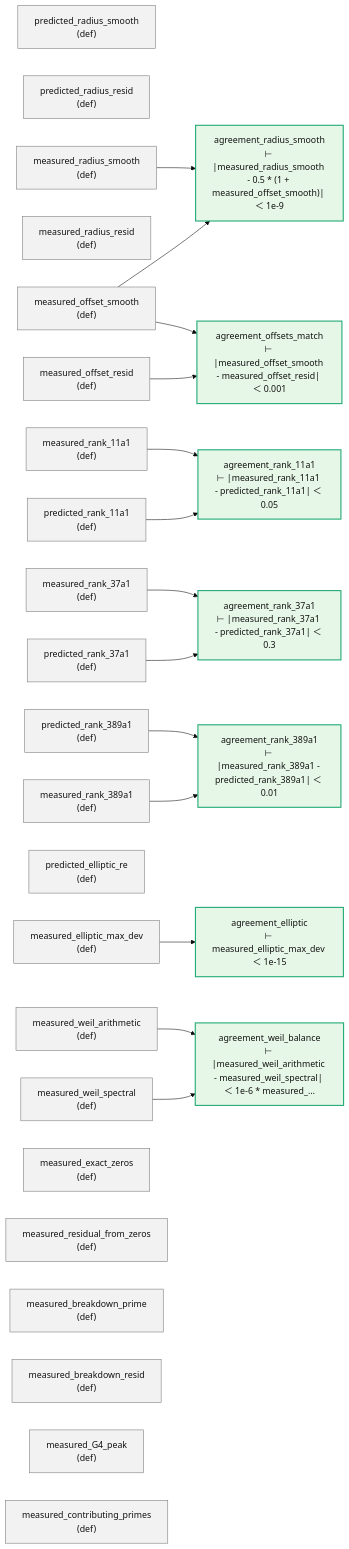
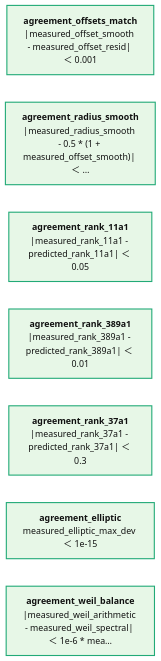
Before and after one commit to juliansambranojr/Primebeat_081426: the diagram in map/lean/Measured.md, drawn with Mermaid (base theme). The commit also changed other lines of this file and 387 other files, not shown here.

````diff
--- a/map/lean/Measured.md
+++ b/map/lean/Measured.md
@@ -8,51 +12,15 @@
 ```mermaid
 flowchart LR
-  n0["predicted_radius_smooth<br/>(def)"]:::dfn
-  n1["predicted_radius_resid<br/>(def)"]:::dfn
-  n2["measured_radius_smooth<br/>(def)"]:::dfn
-  n3["measured_radius_resid<br/>(def)"]:::dfn
-  n4["measured_offset_smooth<br/>(def)"]:::dfn
-  n5["measured_offset_resid<br/>(def)"]:::dfn
-  n6["agreement_offsets_match<br/>⊢ |measured_offset_smooth - measured_offset_resid| ＜ 0.001"]:::end_
-  n7["agreement_radius_smooth<br/>⊢ |measured_radius_smooth - 0.5 * (1 + measured_offset_smooth)| ＜ 1e-9"]:::end_
-  n8["predicted_rank_11a1<br/>(def)"]:::dfn
-  n9["predicted_rank_37a1<br/>(def)"]:::dfn
-  n10["predicted_rank_389a1<br/>(def)"]:::dfn
-  n11["measured_rank_11a1<br/>(def)"]:::dfn
-  n12["measured_rank_37a1<br/>(def)"]:::dfn
-  n13["measured_rank_389a1<br/>(def)"]:::dfn
-  n14["agreement_rank_11a1<br/>⊢ |measured_rank_11a1 - predicted_rank_11a1| ＜ 0.05"]:::end_
-  n15["agreement_rank_389a1<br/>⊢ |measured_rank_389a1 - predicted_rank_389a1| ＜ 0.01"]:::end_
-  n16["agreement_rank_37a1<br/>⊢ |measured_rank_37a1 - predicted_rank_37a1| ＜ 0.3"]:::end_
-  n17["predicted_elliptic_re<br/>(def)"]:::dfn
-  n18["measured_elliptic_max_dev<br/>(def)"]:::dfn
-  n19["agreement_elliptic<br/>⊢ measured_elliptic_max_dev ＜ 1e-15"]:::end_
-  n20["measured_weil_arithmetic<br/>(def)"]:::dfn
-  n21["measured_weil_spectral<br/>(def)"]:::dfn
-  n22["agreement_weil_balance<br/>⊢ |measured_weil_arithmetic - measured_weil_spectral| ＜ 1e-6 * measured_…"]:::end_
-  n23["measured_exact_zeros<br/>(def)"]:::dfn
-  n24["measured_residual_from_zeros<br/>(def)"]:::dfn
-  n25["measured_breakdown_prime<br/>(def)"]:::dfn
-  n26["measured_breakdown_resid<br/>(def)"]:::dfn
-  n27["measured_G4_peak<br/>(def)"]:::dfn
-  n28["measured_contributing_primes<br/>(def)"]:::dfn
-  n10 --> n15
-  n11 --> n14
-  n12 --> n16
-  n13 --> n15
-  n18 --> n19
-  n2 --> n7
-  n20 --> n22
-  n21 --> n22
-  n4 --> n6
-  n4 --> n7
-  n5 --> n6
-  n8 --> n14
-  n9 --> n16
+  n0["<b>agreement_offsets_match</b><br/>|measured_offset_smooth - measured_offset_resid| ＜ 0.001"]:::end_
+  n1["<b>agreement_radius_smooth</b><br/>|measured_radius_smooth - 0.5 * (1 + measured_offset_smooth)| ＜ …"]:::end_
+  n2["<b>agreement_rank_11a1</b><br/>|measured_rank_11a1 - predicted_rank_11a1| ＜ 0.05"]:::end_
+  n3["<b>agreement_rank_389a1</b><br/>|measured_rank_389a1 - predicted_rank_389a1| ＜ 0.01"]:::end_
+  n4["<b>agreement_rank_37a1</b><br/>|measured_rank_37a1 - predicted_rank_37a1| ＜ 0.3"]:::end_
+  n5["<b>agreement_elliptic</b><br/>measured_elliptic_max_dev ＜ 1e-15"]:::end_
+  n6["<b>agreement_weil_balance</b><br/>|measured_weil_arithmetic - measured_weil_spectral| ＜ 1e-6 * mea…"]:::end_
   classDef thm fill:#eef4ff,stroke:#335,color:#111
-  classDef dfn fill:#f2f2f2,stroke:#777,color:#111
   classDef end_ fill:#e7f7e7,stroke:#2a7,color:#111,stroke-width:2px
   classDef lone fill:#fff,stroke:#999,color:#111,stroke-dasharray:4 3
   classDef bad fill:#ffe5e5,stroke:#c22,color:#111,stroke-width:2px
-  classDef ext fill:#fff8e1,stroke:#b80,color:#111,stroke-dasharray:2 2
+  classDef ext fill:#fff8e1,stroke:#b80,color:#111
 ```
````
